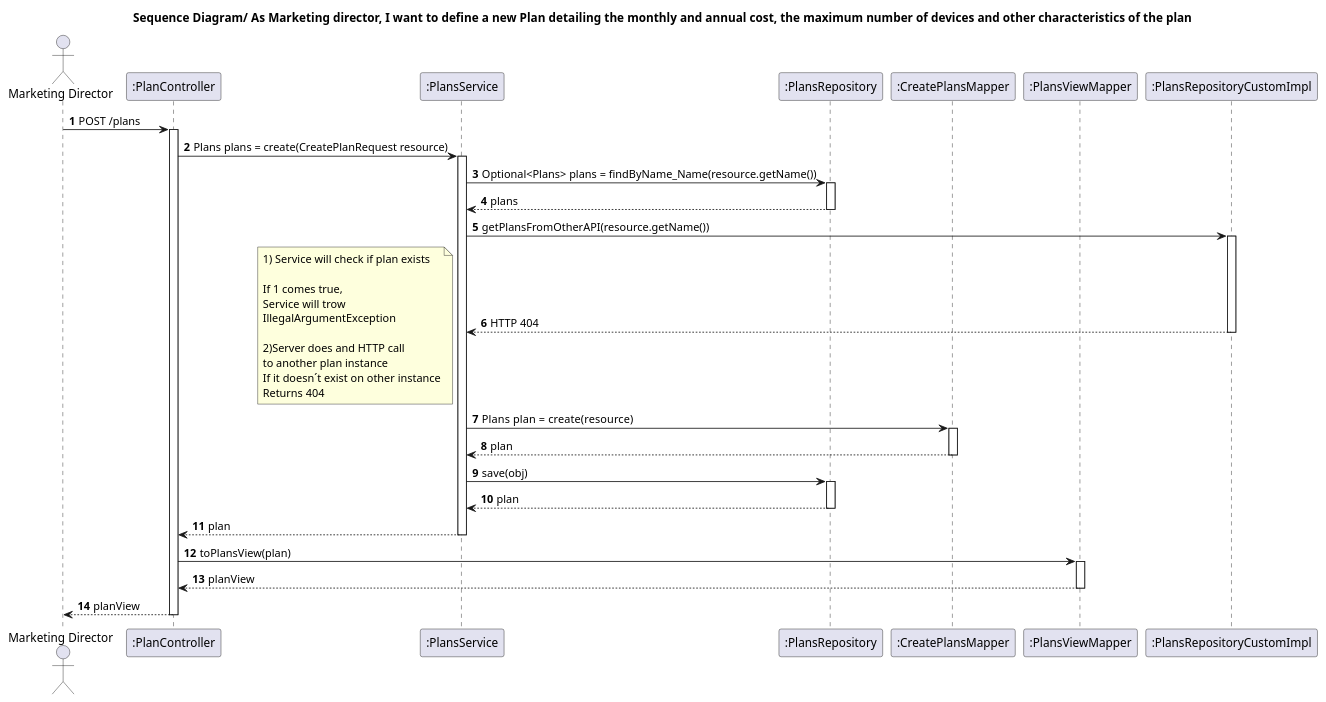
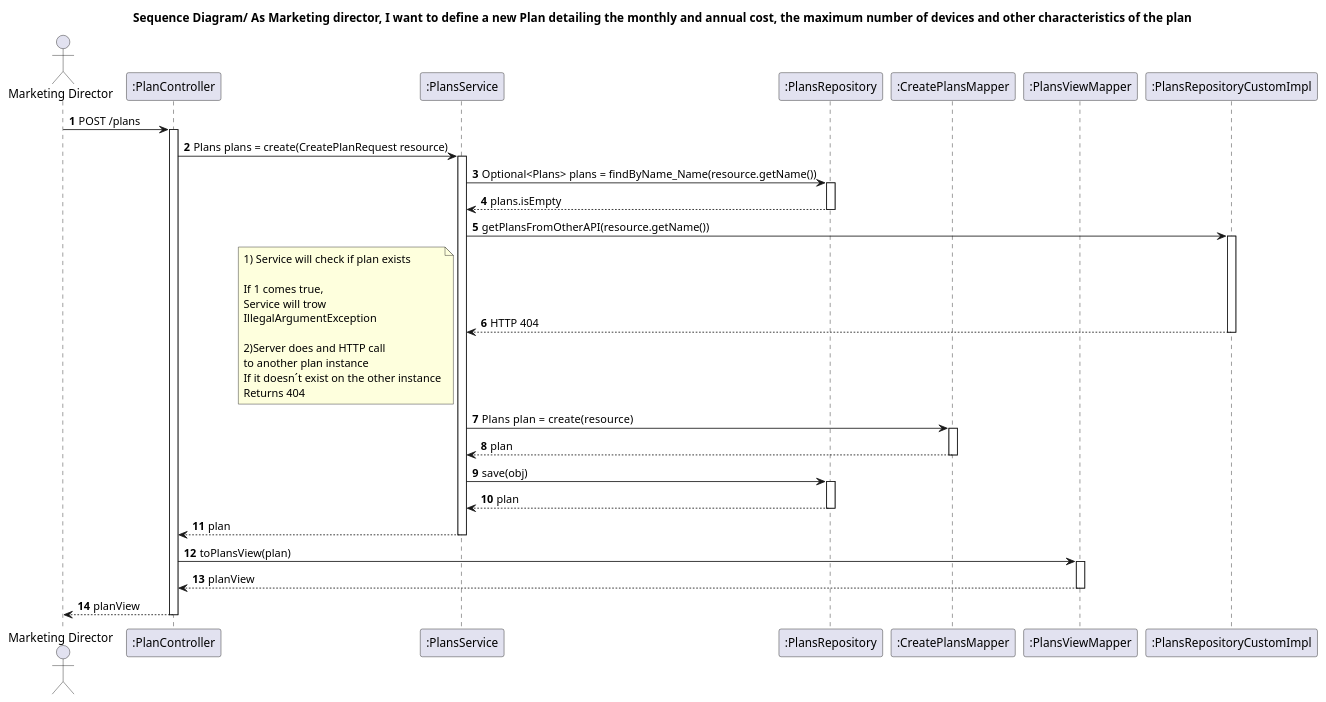
The diagram in docs_sidis/Plans/WP#1A/US01/SD.puml (IsepMartimOliveira/SIDIS), drawn with PlantUML before and after one commit. The commit also changed 6 other files, not shown here.

```diff
--- a/docs_sidis/Plans/WP#1A/US01/SD.puml
+++ b/docs_sidis/Plans/WP#1A/US01/SD.puml
@@ -1,44 +1,44 @@
 @startuml
 'https://plantuml.com/sequence-diagram
 autoactivate on
 autonumber
 title Sequence Diagram/ As Marketing director, I want to define a new Plan detailing the monthly and annual cost, the maximum number of devices and other characteristics of the plan
 
 autonumber
 
 actor "Marketing Director" as Ac
 participant ":PlanController" as Ctrl
 participant ":PlansService" as Serv
 participant ":PlansRepository" as Repo
 participant ":CreatePlansMapper" as Mapper
 participant ":PlansViewMapper" as View
 participant ":PlansRepositoryCustomImpl" as RepoHTTP
 
 Ac -> Ctrl : POST /plans
 Ctrl -> Serv :Plans plans = create(CreatePlanRequest resource)
 Serv -> Repo :Optional<Plans> plans = findByName_Name(resource.getName())
-Repo --> Serv : plans
+Repo --> Serv : plans.isEmpty
 Serv->RepoHTTP:getPlansFromOtherAPI(resource.getName())
 RepoHTTP-->Serv: HTTP 404
 note left
 1) Service will check if plan exists
 
 If 1 comes true,
 Service will trow
 IllegalArgumentException
 
 2)Server does and HTTP call
 to another plan instance
-If it doesn´t exist on other instance
+If it doesn´t exist on the other instance
 Returns 404
 end note
 Serv -> Mapper :Plans plan  = create(resource)
 Mapper --> Serv: plan
 Serv -> Repo: save(obj)
 Repo --> Serv: plan
 Serv --> Ctrl: plan
 Ctrl ->View: toPlansView(plan)
 View -->Ctrl: planView
 Ac <-- Ctrl : planView
 
 @enduml
```
